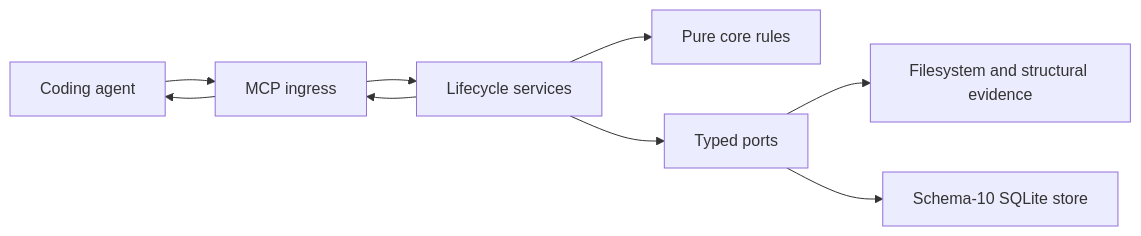
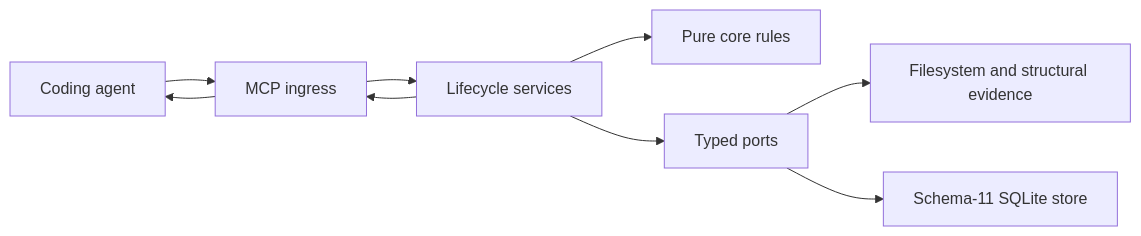
Before and after one commit to pontivus-com/span: the diagram in docs/architecture.md, drawn with Mermaid. The commit also changed other lines of this file and 145 other files, not shown here.

````diff
--- a/docs/architecture.md
+++ b/docs/architecture.md
@@ -7,11 +7,11 @@
 ```mermaid
 flowchart LR
   A[Coding agent] --> M[MCP ingress]
   M --> S[Lifecycle services]
   S --> C[Pure core rules]
   S --> P[Typed ports]
   P --> E[Filesystem and structural evidence]
-  P --> D[Schema-10 SQLite store]
+  P --> D[Schema-11 SQLite store]
   S --> M
   M --> A
 ```
````
